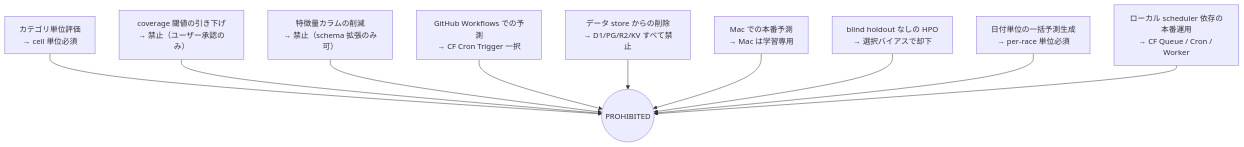
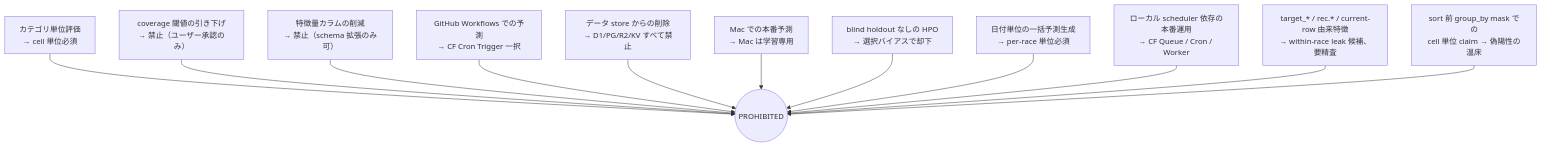
The tenth of 10 diagrams in docs/finish-position-prediction-system.md (kkkaoru/horse-racing-data), drawn with Mermaid before and after one commit. The commit also changed other lines of this file, not shown here.

First line of the commit message:
docs: reflect 2026-07-04 leak fix + summer campaign into system doc

````diff
--- a/docs/finish-position-prediction-system.md
+++ b/docs/finish-position-prediction-system.md
@@ -1094,23 +1117,27 @@
 ```mermaid
 flowchart TB
     A["カテゴリ単位評価<br/>→ cell 単位必須"]
     B["coverage 閾値の引き下げ<br/>→ 禁止（ユーザー承認のみ）"]
     C["特徴量カラムの削減<br/>→ 禁止（schema 拡張のみ可）"]
     D["GitHub Workflows での予測<br/>→ CF Cron Trigger 一択"]
     E["データ store からの削除<br/>→ D1/PG/R2/KV すべて禁止"]
     F["Mac での本番予測<br/>→ Mac は学習専用"]
     G["blind holdout なしの HPO<br/>→ 選択バイアスで却下"]
     H["日付単位の一括予測生成<br/>→ per-race 単位必須"]
     I["ローカル scheduler 依存の本番運用<br/>→ CF Queue / Cron / Worker"]
+    J["target_* / rec.* / current-row 由来特徴<br/>→ within-race leak 候補、要精査"]
+    K["sort 前 group_by mask での<br/>cell 単位 claim → 偽陽性の温床"]
 
     PROHIBITED(("PROHIBITED"))
     A --> PROHIBITED
     B --> PROHIBITED
     C --> PROHIBITED
     D --> PROHIBITED
     E --> PROHIBITED
     F --> PROHIBITED
     G --> PROHIBITED
     H --> PROHIBITED
     I --> PROHIBITED
+    J --> PROHIBITED
+    K --> PROHIBITED
 ```
````
